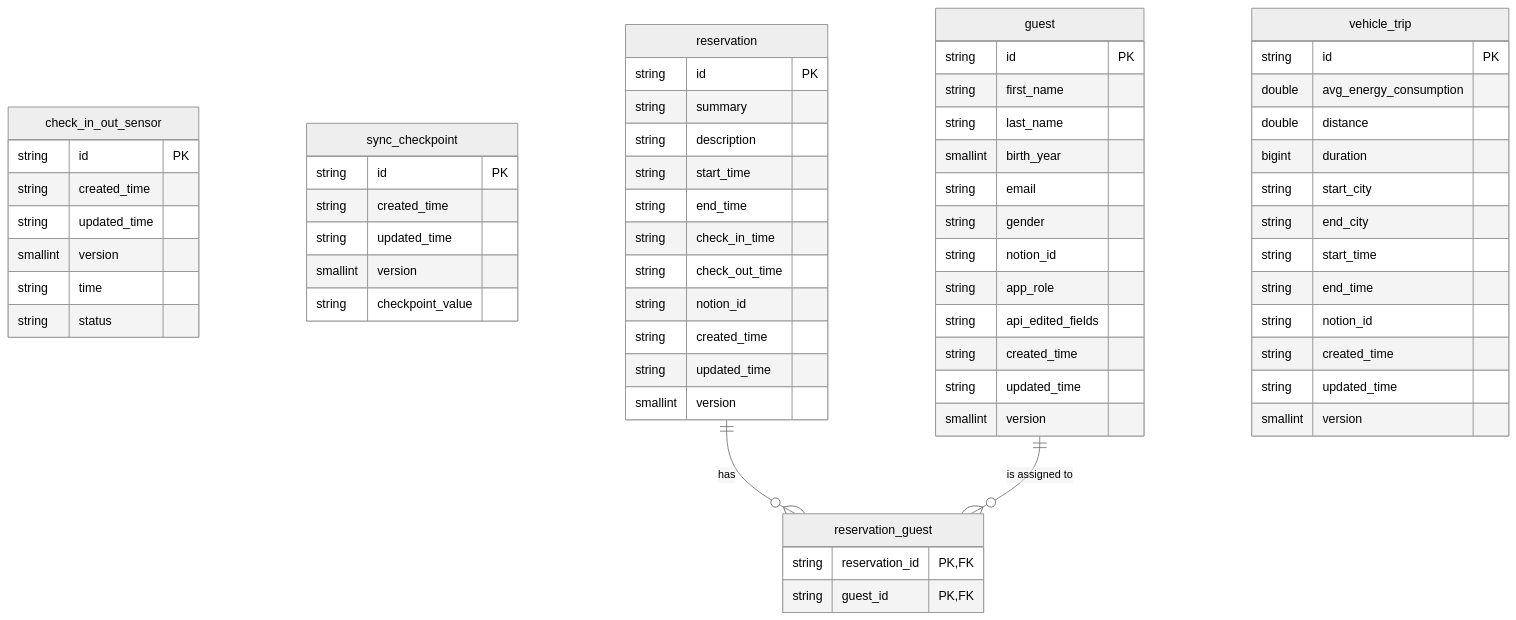
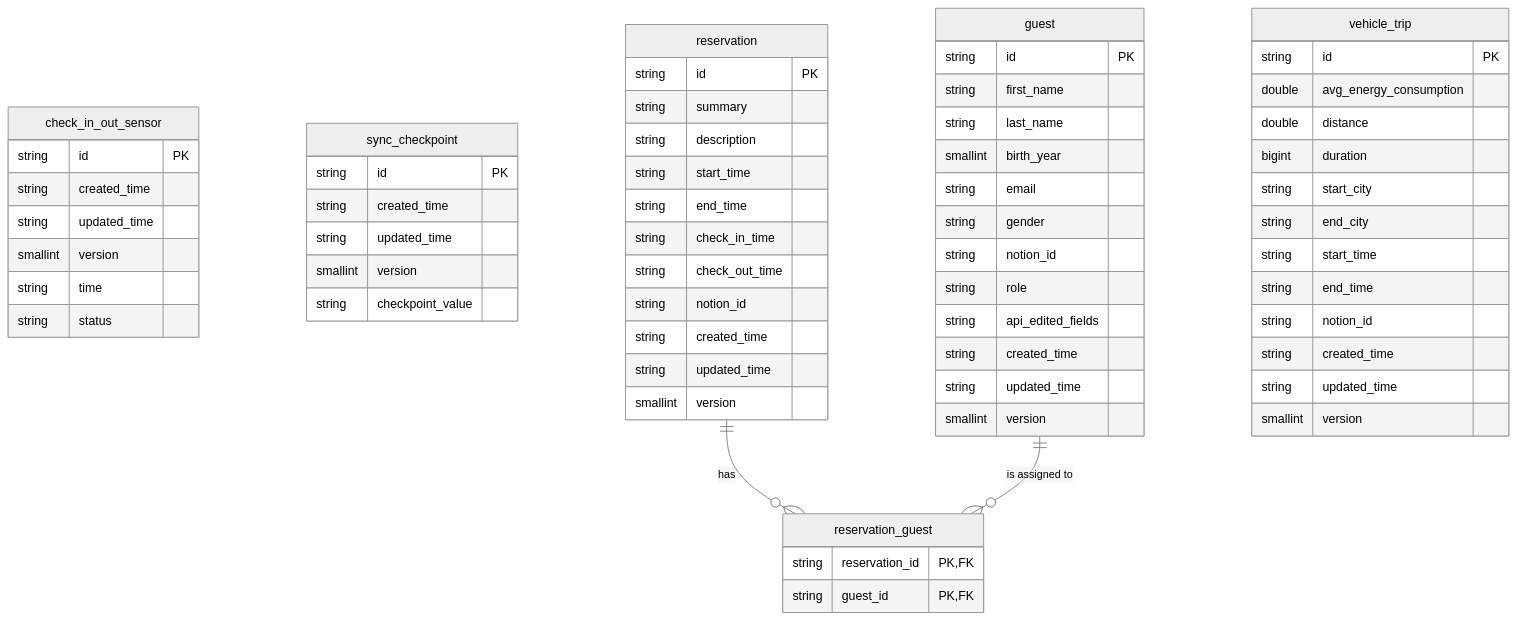
One commit to ismarslomic/cabin-visits-kotlin changed the diagram in docs/database_schema.md. Above: the diagram before and after it, drawn with Mermaid (neutral theme). The commit also changed 3 other files, not shown here.

````diff
--- a/docs/database_schema.md
+++ b/docs/database_schema.md
@@ -3,71 +3,71 @@
 ```mermaid
 erDiagram
     check_in_out_sensor {
         string id PK
         string created_time
         string updated_time
         smallint version
         string time
         string status
     }
 
     sync_checkpoint {
         string id PK
         string created_time
         string updated_time
         smallint version
         string checkpoint_value
     }
 
     guest {
         string id PK
         string first_name
         string last_name
         smallint birth_year
         string email
         string gender
         string notion_id
-        string app_role
+        string role
         string api_edited_fields
         string created_time
         string updated_time
         smallint version
     }
 
     reservation {
         string id PK
         string summary
         string description
         string start_time
         string end_time
         string check_in_time
         string check_out_time
         string notion_id
         string created_time
         string updated_time
         smallint version
     }
 
     reservation_guest {
         string reservation_id PK, FK
         string guest_id PK, FK
     }
 
     vehicle_trip {
         string id PK
         double avg_energy_consumption
         double distance
         bigint duration
         string start_city
         string end_city
         string start_time
         string end_time
         string notion_id
         string created_time
         string updated_time
         smallint version
     }
 
     reservation ||--o{ reservation_guest: "has"
     guest ||--o{ reservation_guest: "is assigned to"
 ```
````
